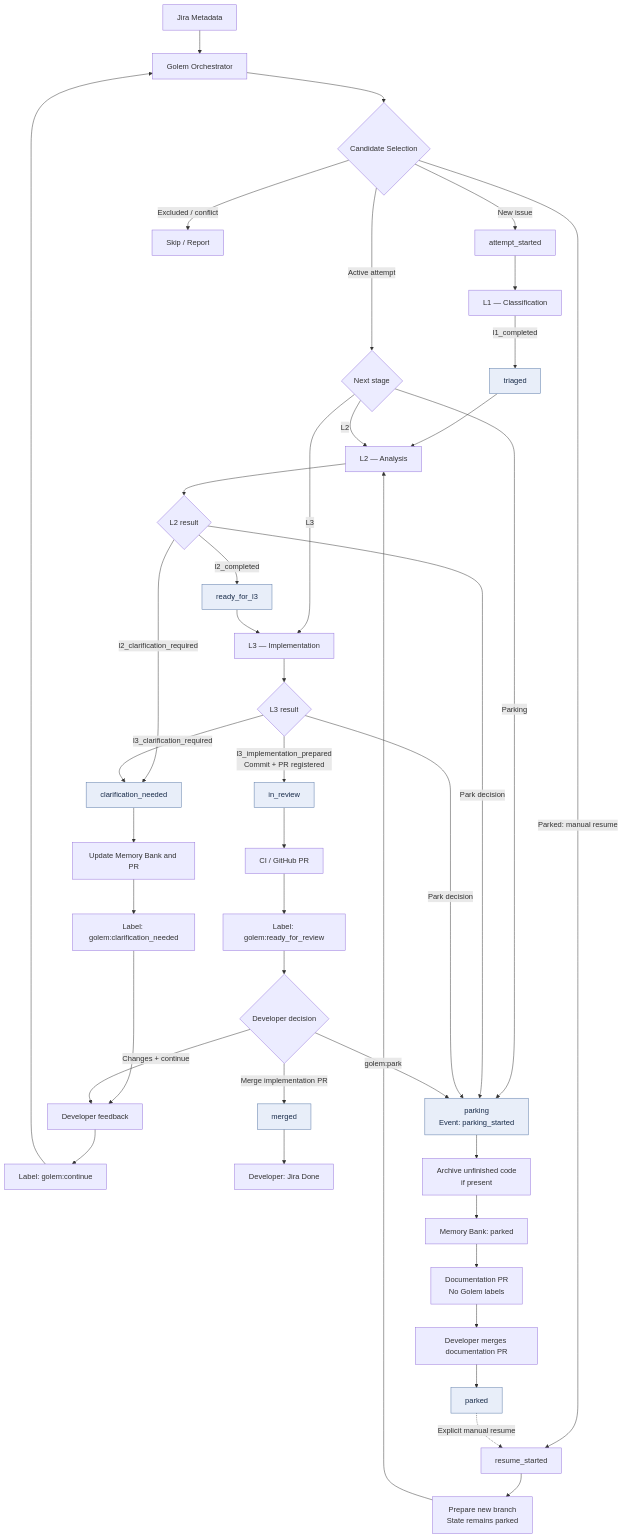
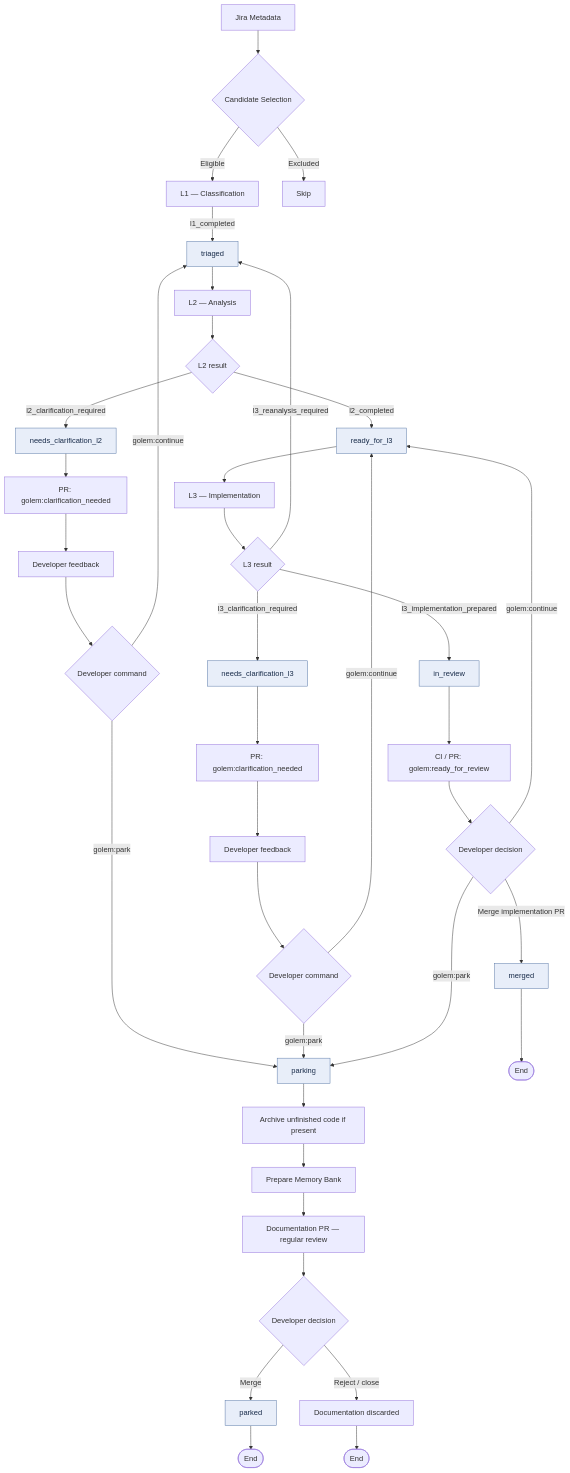
Before and after one commit to jbanaszczyk/golem: the diagram in README.md, drawn with Mermaid. The commit also changed other lines of this file, not shown here.

Commit message:
Single diagram

````diff
--- a/README.md
+++ b/README.md
@@ -43,59 +43,55 @@
 ```mermaid
 flowchart TD
-    META["Jira Metadata"] --> ORCH["Golem Orchestrator"]
-    ORCH --> SELECT{"Candidate Selection"}
+    META["Jira Metadata"] --> SELECT{"Candidate Selection"}
+    SELECT -->|Eligible| L1["L1 — Classification"]
+    SELECT -->|Excluded| SKIP["Skip"]
 
-    SELECT -->|New issue| START["attempt_started"]
-    SELECT -->|Active attempt| NEXT{"Next stage"}
-    SELECT -->|Excluded / conflict| SKIP["Skip / Report"]
-    SELECT -->|Parked: manual resume| RESUME["resume_started"]
-
-    START --> L1["L1 — Classification"]
     L1 -->|l1_completed| TRIAGED["triaged"]
     TRIAGED --> L2["L2 — Analysis"]
 
-    NEXT -->|L2| L2
-    NEXT -->|L3| L3
-    NEXT -->|Parking| PARKING
-
-    RESUME --> PENDING["Prepare new branch<br/>State remains parked"]
-    PENDING --> L2
-
     L2 --> L2R{"L2 result"}
     L2R -->|l2_completed| READY["ready_for_l3"]
-    L2R -->|l2_clarification_required| CLARIFY["clarification_needed"]
-    L2R -->|Park decision| PARKING
+    L2R -->|l2_clarification_required| Q2["needs_clarification_l2"]
+
+    Q2 --> PR2["PR: golem:clarification_needed"]
+    PR2 --> FEEDBACK2["Developer feedback"]
+    FEEDBACK2 --> CMD2{"Developer command"}
+    CMD2 -->|golem:continue| TRIAGED
 
     READY --> L3["L3 — Implementation"]
     L3 --> L3R{"L3 result"}
-    L3R -->|l3_clarification_required| CLARIFY
-    L3R -->|l3_implementation_prepared<br/>Commit + PR registered| INREVIEW["in_review"]
-    L3R -->|Park decision| PARKING
 
-    CLARIFY --> QPR["Update Memory Bank and PR"]
-    QPR --> QLABEL["Label: golem:clarification_needed"]
-    QLABEL --> FEEDBACK["Developer feedback"]
-    FEEDBACK --> CONT["Label: golem:continue"]
-    CONT --> ORCH
+    L3R -->|l3_clarification_required| Q3["needs_clarification_l3"]
+    L3R -->|l3_reanalysis_required| TRIAGED
+    L3R -->|l3_implementation_prepared| REVIEW["in_review"]
 
-    INREVIEW --> CI["CI / GitHub PR"]
-    CI --> RLABEL["Label: golem:ready_for_review"]
-    RLABEL --> DECISION{"Developer decision"}
+    Q3 --> PR3["PR: golem:clarification_needed"]
+    PR3 --> FEEDBACK3["Developer feedback"]
+    FEEDBACK3 --> CMD3{"Developer command"}
+    CMD3 -->|golem:continue| READY
+
+    REVIEW --> CI["CI / PR: golem:ready_for_review"]
+    CI --> DECISION{"Developer decision"}
 
     DECISION -->|Merge implementation PR| MERGED["merged"]
-    MERGED --> DONE["Developer: Jira Done"]
+    DECISION -->|golem:continue| READY
 
-    DECISION -->|Changes + continue| FEEDBACK
+    CMD2 -->|golem:park| PARKING["parking"]
+    CMD3 -->|golem:park| PARKING
     DECISION -->|golem:park| PARKING
 
-    PARKING["parking<br/>Event: parking_started"] --> ARCHIVE["Archive unfinished code<br/>if present"]
-    ARCHIVE --> MB["Memory Bank: parked"]
-    MB --> DPR["Documentation PR<br/>No Golem labels"]
-    DPR --> DMERGE["Developer merges documentation PR"]
-    DMERGE --> PARKED["parked"]
+    PARKING --> ARCHIVE["Archive unfinished code if present"]
+    ARCHIVE --> MB["Prepare Memory Bank"]
+    MB --> DPR["Documentation PR — regular review"]
+    DPR --> DREVIEW{"Developer decision"}
 
-    PARKED -.->|Explicit manual resume| RESUME
+    DREVIEW -->|Merge| PARKED["parked"]
+    DREVIEW -->|Reject / close| REJECTED["Documentation discarded"]
+
+    MERGED --> END1(["End"])
+    PARKED --> END2(["End"])
+    REJECTED --> END3(["End"])
 
     classDef state fill:#e8eef9,stroke:#5575a5,color:#182b49
-    class TRIAGED,READY,CLARIFY,INREVIEW,PARKING,PARKED,MERGED state
+    class TRIAGED,READY,Q2,Q3,REVIEW,PARKING,PARKED,MERGED state
 ```
````
